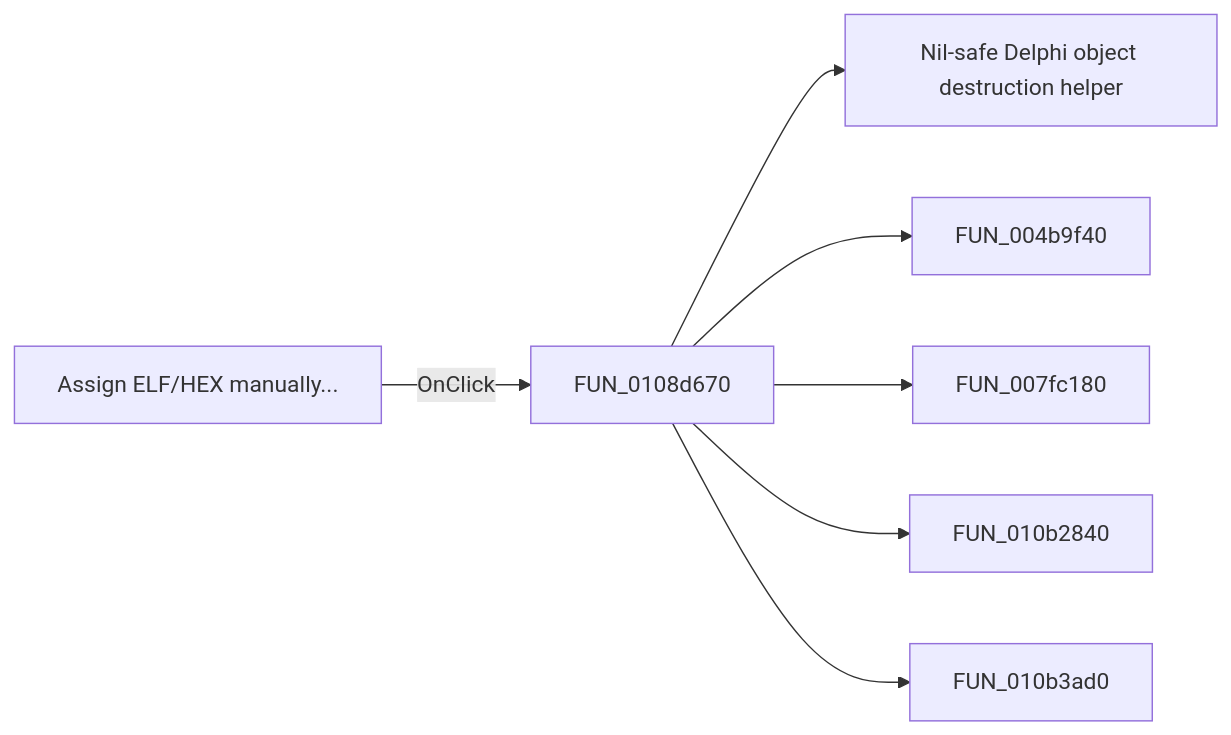
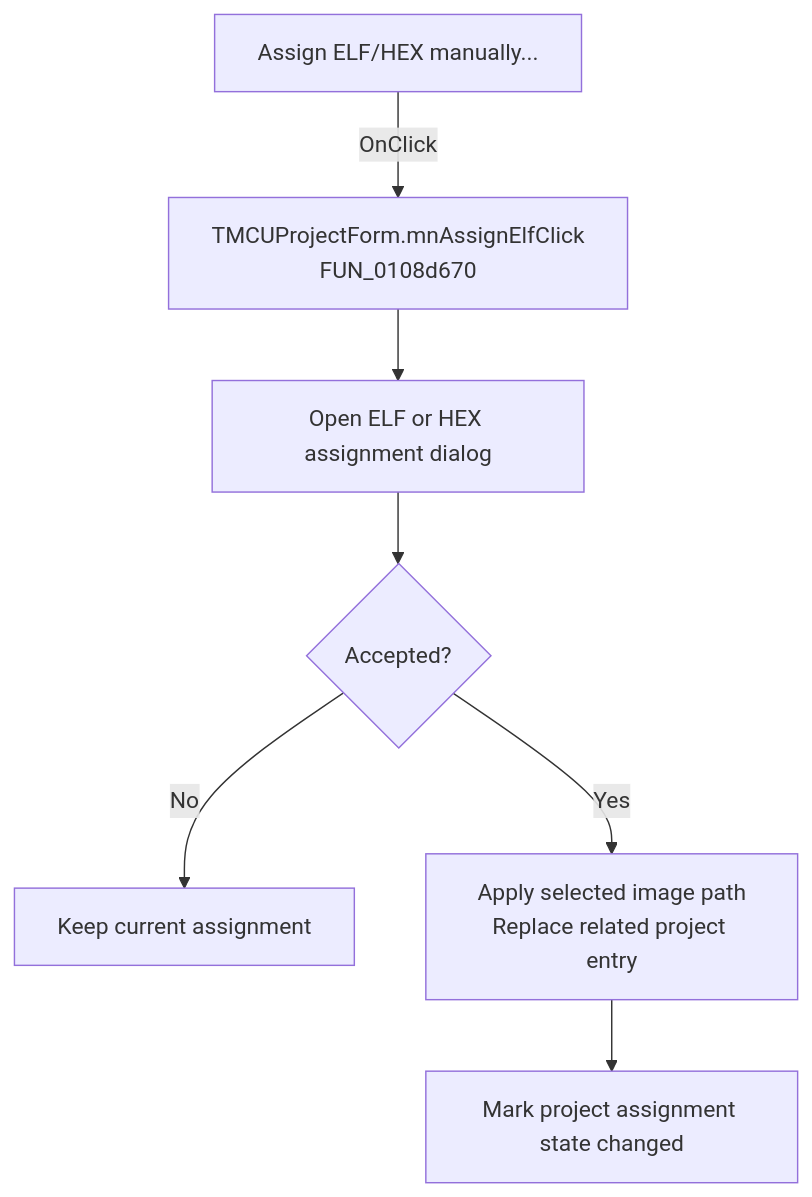
One commit to MovGP0/TIARA changed the diagram in docs/ui-controls/mcuprojectform/mnassignelf-1f785b49ba.md. Above: the diagram before and after it, drawn with Mermaid. The commit also changed other lines of this file and 1062 other files, not shown here.

````diff
--- a/docs/ui-controls/mcuprojectform/mnassignelf-1f785b49ba.md
+++ b/docs/ui-controls/mcuprojectform/mnassignelf-1f785b49ba.md
@@ -27,9 +27,9 @@
 ```mermaid
-flowchart LR
-    control["Assign ELF/HEX manually..."] -->|OnClick| handler["FUN_0108d670"]
-    handler --> call1["Nil-safe Delphi object destruction helper"]
-    handler --> call2["FUN_004b9f40"]
-    handler --> call3["FUN_007fc180"]
-    handler --> call4["FUN_010b2840"]
-    handler --> call5["FUN_010b3ad0"]
+flowchart TD
+    control["Assign ELF/HEX manually..."] -->|OnClick| handler["TMCUProjectForm.mnAssignElfClick<br/>FUN_0108d670"]
+    handler --> dialog["Open ELF or HEX assignment dialog"]
+    dialog --> accepted{"Accepted?"}
+    accepted -->|No| noOp["Keep current assignment"]
+    accepted -->|Yes| apply["Apply selected image path<br/>Replace related project entry"]
+    apply --> dirty["Mark project assignment state changed"]
 ```
````
